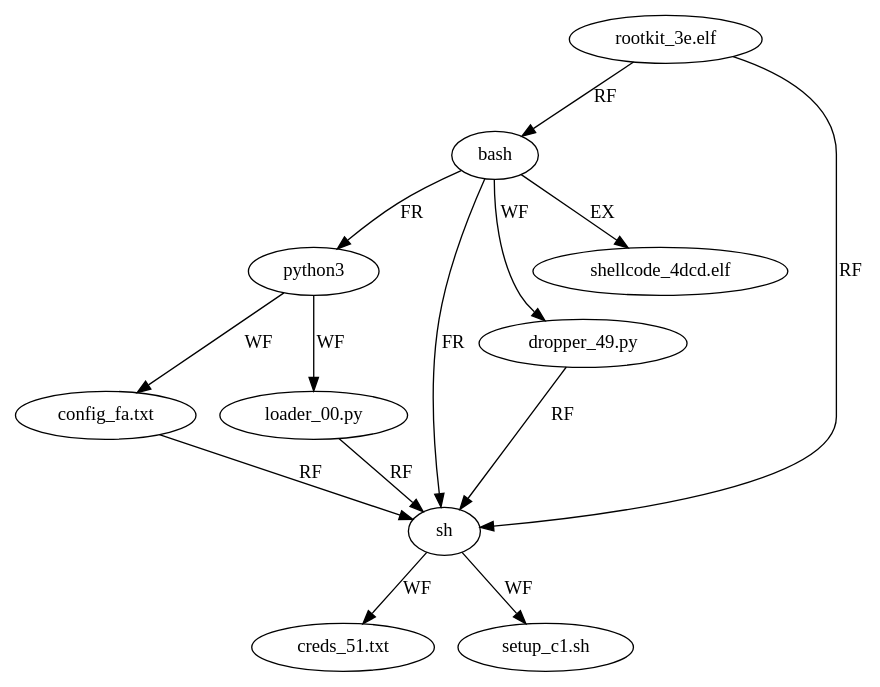
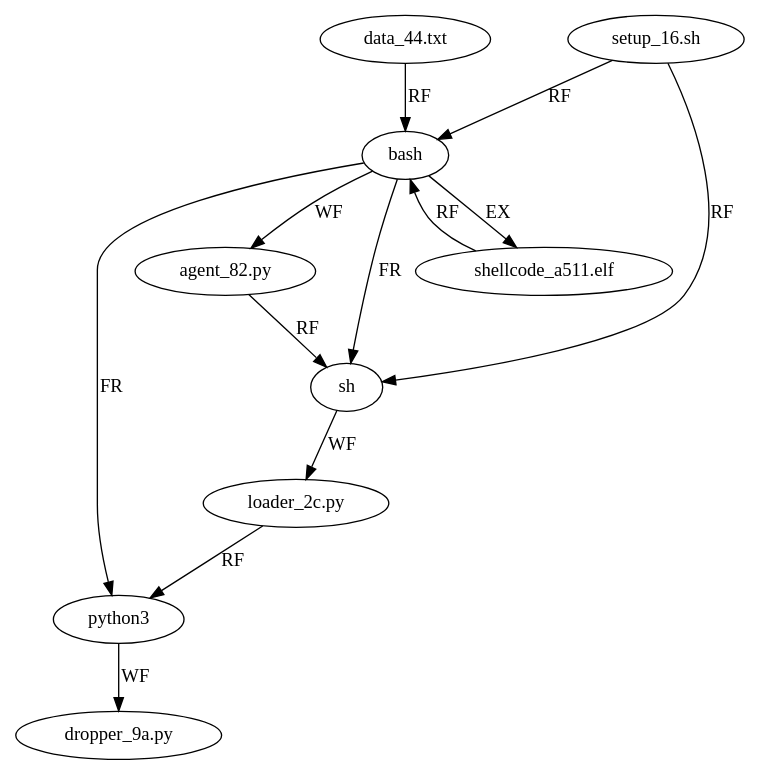
Before and after one commit to gianghitran/MARL-VariantHunter-Architecture: the diagram in Attack_Agent/result_handoff/APT38/clusters/cluster_01_T1574.012.dot, drawn with Graphviz. The commit also changed 1442 other files, not shown here.

```diff
--- a/Attack_Agent/result_handoff/APT38/clusters/cluster_01_T1574.012.dot
+++ b/Attack_Agent/result_handoff/APT38/clusters/cluster_01_T1574.012.dot
@@ -1,25 +1,23 @@
 digraph {
   p0_s1 [label="bash" type=process stage="T1574.012"]
-  fin0_s1 [label="rootkit_3e.elf" type=file stage="T1574.012"]
-  p1_s1 [label="python3" type=process stage="T1574.012"]
-  f0_0_s1 [label="config_fa.txt" type=file stage="T1574.012"]
-  f0_1_s1 [label="loader_00.py" type=file stage="T1574.012"]
-  p2_s1 [label="sh" type=process stage="T1574.012"]
-  f1_0_s1 [label="creds_51.txt" type=file stage="T1574.012"]
-  f1_1_s1 [label="setup_c1.sh" type=file stage="T1574.012"]
-  fh0_s1 [label="dropper_49.py" type=file stage="T1574.012"]
-  exec_s1 [label="shellcode_4dcd.elf" type=file stage="T1574.012"]
+  fin0_s1 [label="data_44.txt" type=file stage="T1574.012"]
+  fin1_s1 [label="setup_16.sh" type=file stage="T1574.012"]
+  p1_s1 [label="sh" type=process stage="T1574.012"]
+  f0_0_s1 [label="loader_2c.py" type=file stage="T1574.012"]
+  p2_s1 [label="python3" type=process stage="T1574.012"]
+  f1_0_s1 [label="dropper_9a.py" type=file stage="T1574.012"]
+  fh0_s1 [label="agent_82.py" type=file stage="T1574.012"]
+  exec_s1 [label="shellcode_a511.elf" type=file stage="T1574.012"]
   fin0_s1 -> p0_s1 [label="RF"]
+  fin1_s1 -> p0_s1 [label="RF"]
   p0_s1 -> p1_s1 [label="FR"]
   p1_s1 -> f0_0_s1 [label="WF"]
-  p1_s1 -> f0_1_s1 [label="WF"]
   p0_s1 -> p2_s1 [label="FR"]
   p2_s1 -> f1_0_s1 [label="WF"]
-  p2_s1 -> f1_1_s1 [label="WF"]
-  fin0_s1 -> p2_s1 [label="RF"]
   f0_0_s1 -> p2_s1 [label="RF"]
-  f0_1_s1 -> p2_s1 [label="RF"]
   p0_s1 -> fh0_s1 [label="WF"]
   p0_s1 -> exec_s1 [label="EX"]
-  fh0_s1 -> p2_s1 [label="RF"]
+  exec_s1 -> p0_s1 [label="RF"]
+  fh0_s1 -> p1_s1 [label="RF"]
+  fin1_s1 -> p1_s1 [label="RF"]
 }
```
